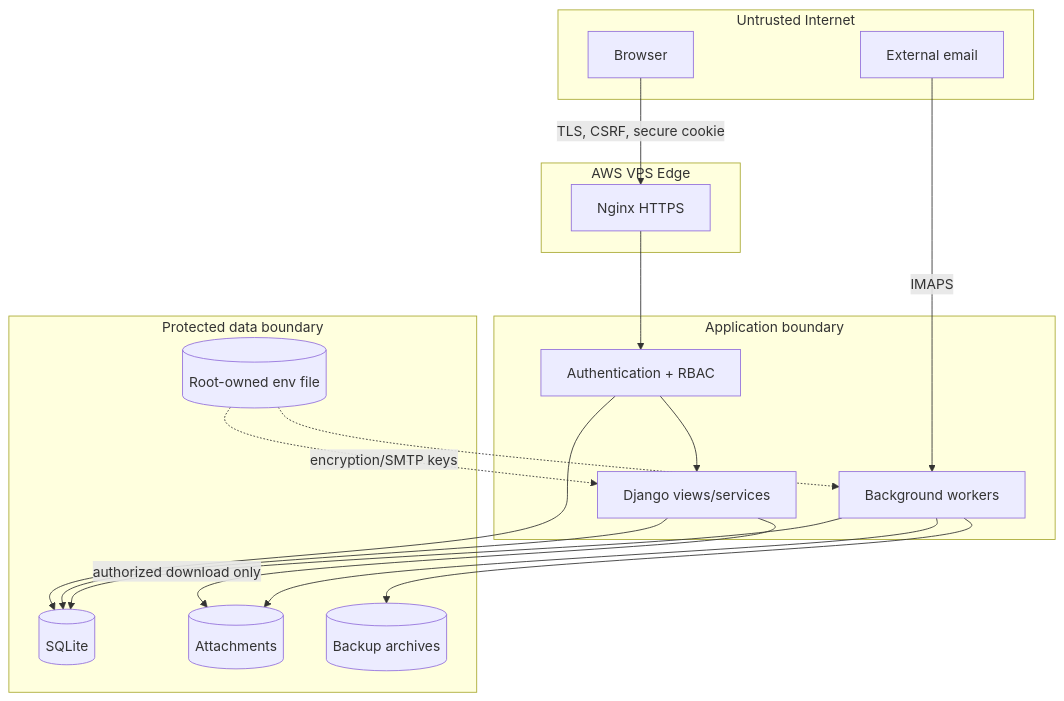
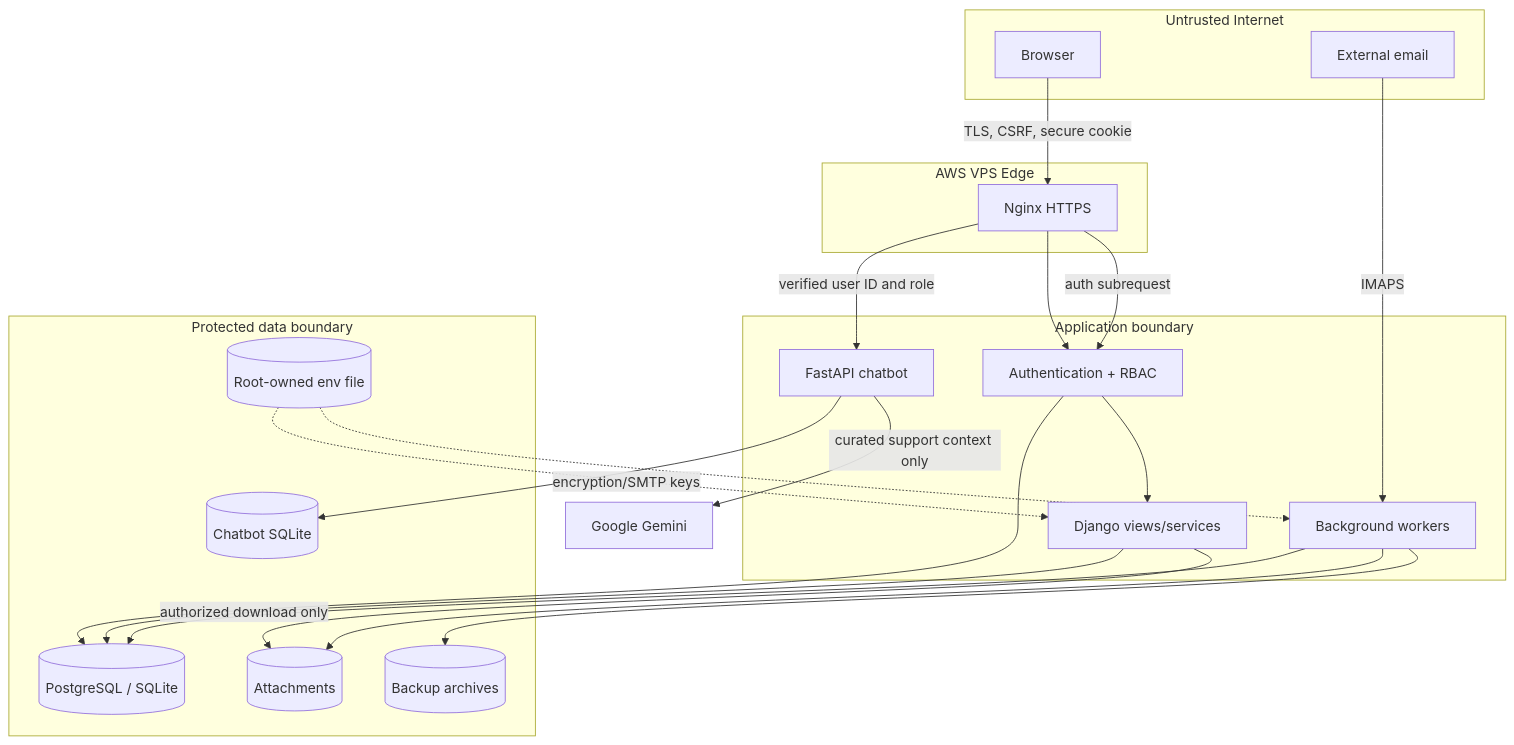
The second of 3 diagrams in SECURITY_AND_SYSTEM_ARCHITECTURE_REPORT.md (Narunai/ticketSolve), drawn with Mermaid before and after one commit. The commit also changed other lines of this file and 32 other files, not shown here.

````diff
--- a/SECURITY_AND_SYSTEM_ARCHITECTURE_REPORT.md
+++ b/SECURITY_AND_SYSTEM_ARCHITECTURE_REPORT.md
@@ -80,31 +88,37 @@
 ```mermaid
 flowchart TB
     subgraph Internet[Untrusted Internet]
         Browser[Browser]
         Mail[External email]
     end
     subgraph Edge[AWS VPS Edge]
         Nginx[Nginx HTTPS]
     end
     subgraph App[Application boundary]
         Auth[Authentication + RBAC]
         Views[Django views/services]
         Worker[Background workers]
+        Chatbot[FastAPI chatbot]
     end
     subgraph Data[Protected data boundary]
-        SQLite[(SQLite)]
+        Database[(PostgreSQL / SQLite)]
+        ChatbotDB[(Chatbot SQLite)]
         Media[(Attachments)]
         Backup[(Backup archives)]
         Secrets[(Root-owned env file)]
     end
     Browser -->|TLS, CSRF, secure cookie| Nginx --> Auth --> Views
     Mail -->|IMAPS| Worker
-    Auth --> SQLite
-    Views --> SQLite
+    Auth --> Database
+    Views --> Database
     Views -->|authorized download only| Media
-    Worker --> SQLite
+    Worker --> Database
     Worker --> Media
     Worker --> Backup
     Secrets -. encryption/SMTP keys .-> Views
     Secrets -.-> Worker
+    Nginx -->|auth subrequest| Auth
+    Nginx -->|verified user ID and role| Chatbot
+    Chatbot --> ChatbotDB
+    Chatbot -->|curated support context only| Gemini[Google Gemini]
 ```
````
